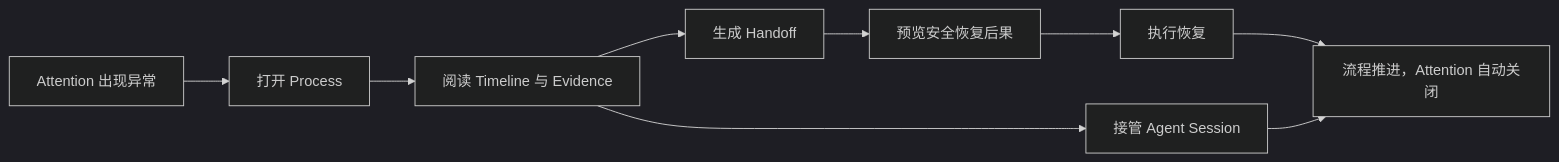
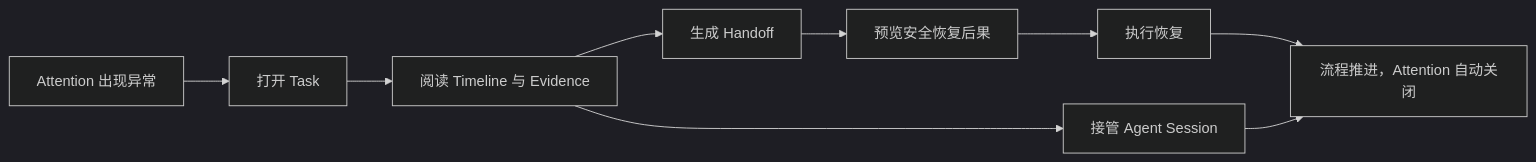
The diagram in docs/guide/zh/08-agent-process-console.md (c9r-io/orchestrator), drawn with Mermaid (dark theme) before and after one commit. The commit also changed other lines of this file and 15 other files, not shown here.

````diff
--- a/docs/guide/zh/08-agent-process-console.md
+++ b/docs/guide/zh/08-agent-process-console.md
@@ -13,11 +13,11 @@
 ```mermaid
 flowchart LR
-    A[Attention 出现异常] --> B[打开 Process]
+    A[Attention 出现异常] --> B[打开 Task]
     B --> C[阅读 Timeline 与 Evidence]
     C --> D[生成 Handoff]
     D --> E[预览安全恢复后果]
     E --> F[执行恢复]
     C --> G[接管 Agent Session]
     F --> H[流程推进，Attention 自动关闭]
     G --> H
 ```
````
